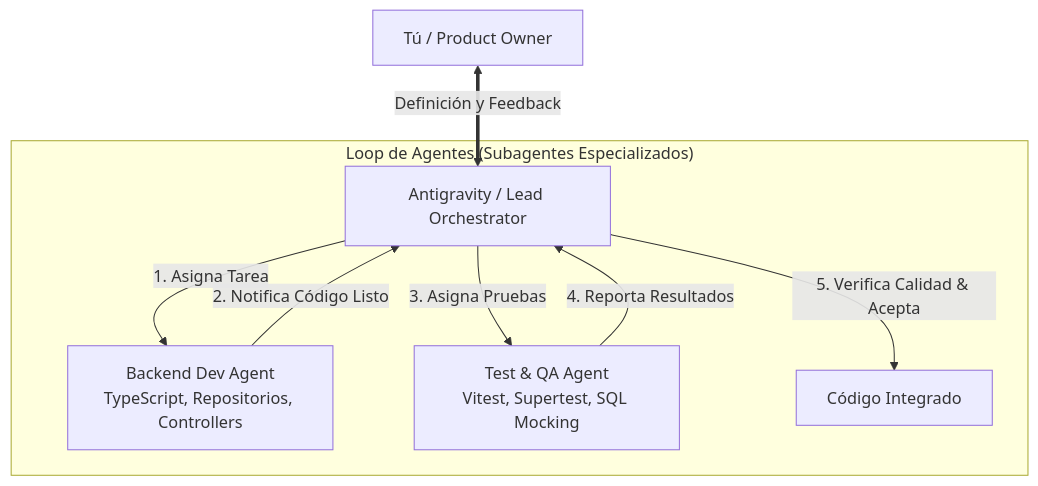
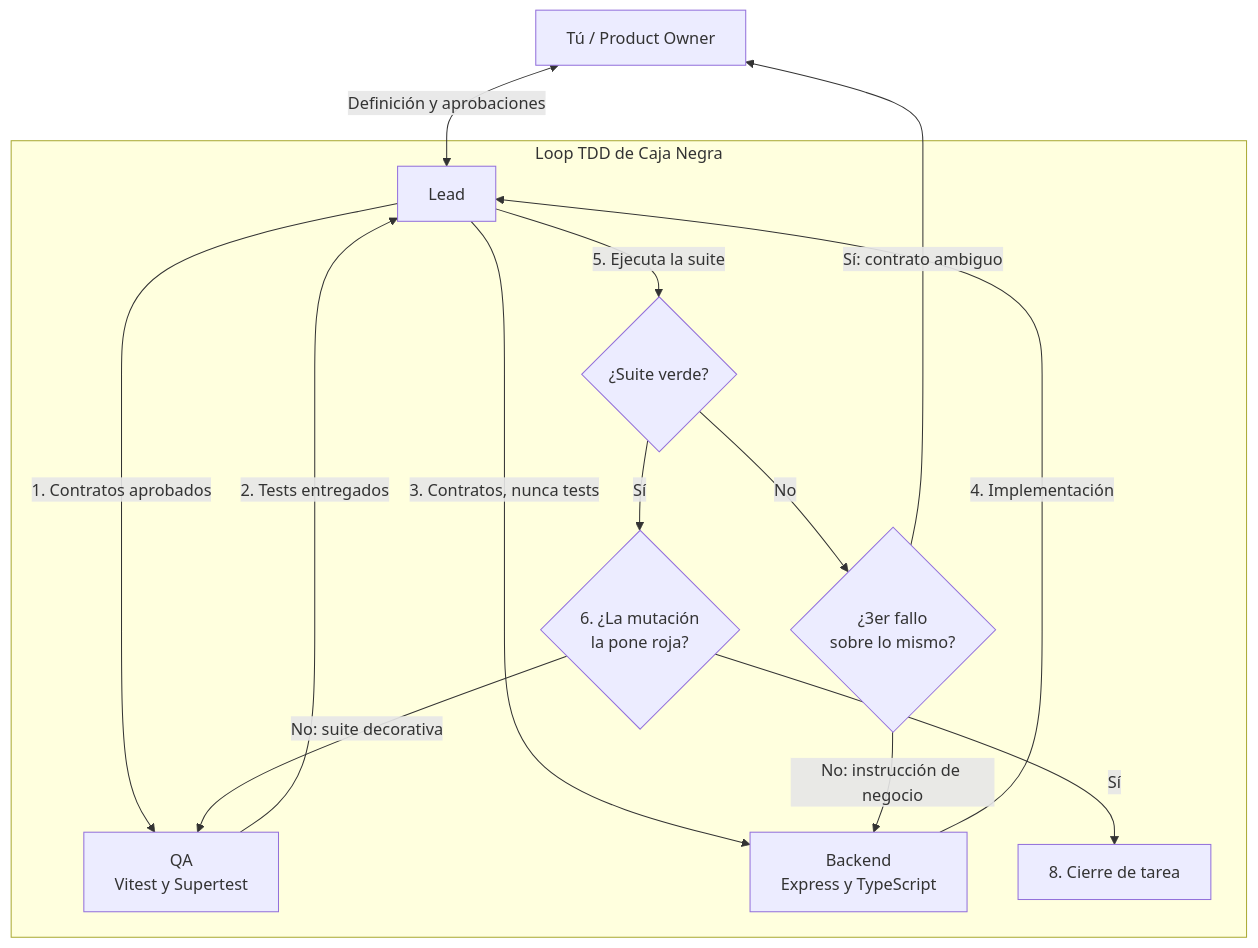
One commit to luiscastaneda-tos/pruebas_mcp changed the diagram in ORCHESTRATION_LOOP.md. Above: the diagram before and after it, drawn with Mermaid. The commit also changed other lines of this file and 48 other files, not shown here.

````diff
--- a/ORCHESTRATION_LOOP.md
+++ b/ORCHESTRATION_LOOP.md
@@ -11,12 +11,19 @@
 ```mermaid
 graph TD
-    User[Tú / Product Owner] <== "Definición y Feedback" ==> Lead[Antigravity / Lead Orchestrator]
-    
-    subgraph "Loop de Agentes (Subagentes Especializados)"
-        Lead -->|1. Asigna Tarea| BackendDev[Backend Dev Agent<br/>TypeScript, Repositorios, Controllers]
-        BackendDev -->|2. Notifica Código Listo| Lead
-        Lead -->|3. Asigna Pruebas| TestQA[Test & QA Agent<br/>Vitest, Supertest, SQL Mocking]
-        TestQA -->|4. Reporta Resultados| Lead
-        Lead -->|5. Verifica Calidad & Acepta| IntegratedCode[Código Integrado]
+    User[Tú / Product Owner] <-->|Definición y aprobaciones| Lead[Lead]
+
+    subgraph Loop["Loop TDD de Caja Negra"]
+        Lead -->|1. Contratos aprobados| QA["QA<br/>Vitest y Supertest"]
+        QA -->|2. Tests entregados| Lead
+        Lead -->|3. Contratos, nunca tests| Backend["Backend<br/>Express y TypeScript"]
+        Backend -->|4. Implementación| Lead
+        Lead -->|5. Ejecuta la suite| Result{¿Suite verde?}
+        Result -->|No| Feedback{"¿3er fallo<br/>sobre lo mismo?"}
+        Feedback -->|No: instrucción de negocio| Backend
+        Result -->|Sí| Mutacion{"6. ¿La mutación<br/>la pone roja?"}
+        Mutacion -->|No: suite decorativa| QA
+        Mutacion -->|Sí| Cierre[8. Cierre de tarea]
     end
+
+    Feedback -->|Sí: contrato ambiguo| User
 ```
````
